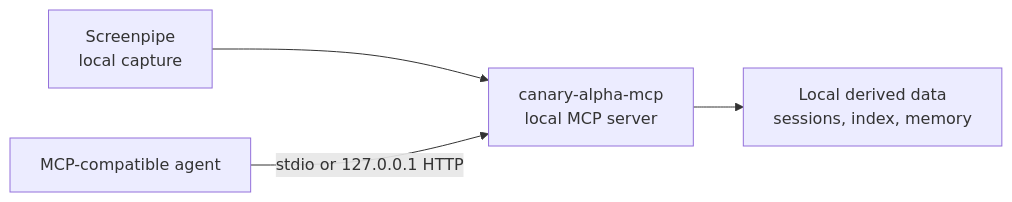
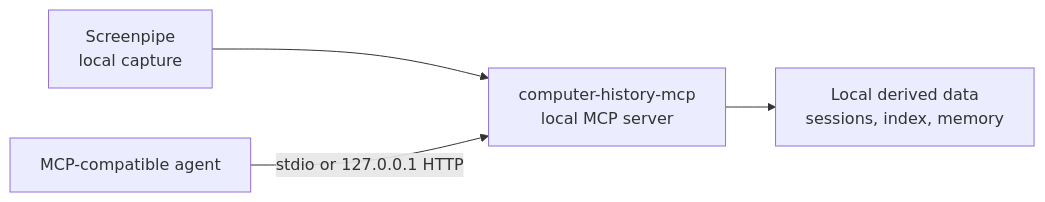
One commit to xiaozhenliu/canary-alpha changed the diagram in README.md. Above: the diagram before and after it, drawn with Mermaid. The commit also changed other lines of this file and 229 other files, not shown here.

First line of the commit message:
release: computer-history-mcp v2.7.3

````diff
--- a/README.md
+++ b/README.md
@@ -119,6 +114,6 @@
 ```mermaid
 flowchart LR
-  SP["Screenpipe<br/>local capture"] --> MCP["canary-alpha-mcp<br/>local MCP server"]
+  SP["Screenpipe<br/>local capture"] --> MCP["computer-history-mcp<br/>local MCP server"]
   MCP --> DATA["Local derived data<br/>sessions, index, memory"]
   CLIENT["MCP-compatible agent"] -->|"stdio or 127.0.0.1 HTTP"| MCP
 ```
````
